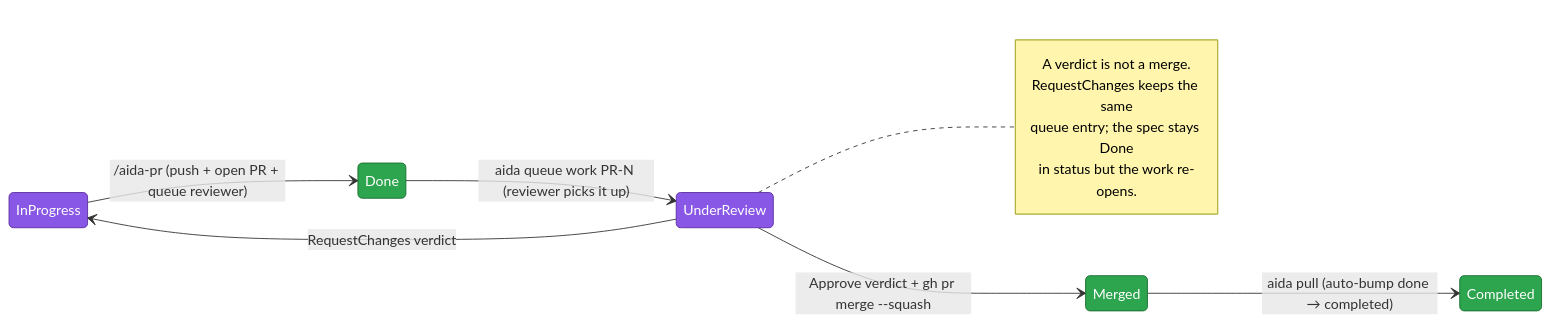
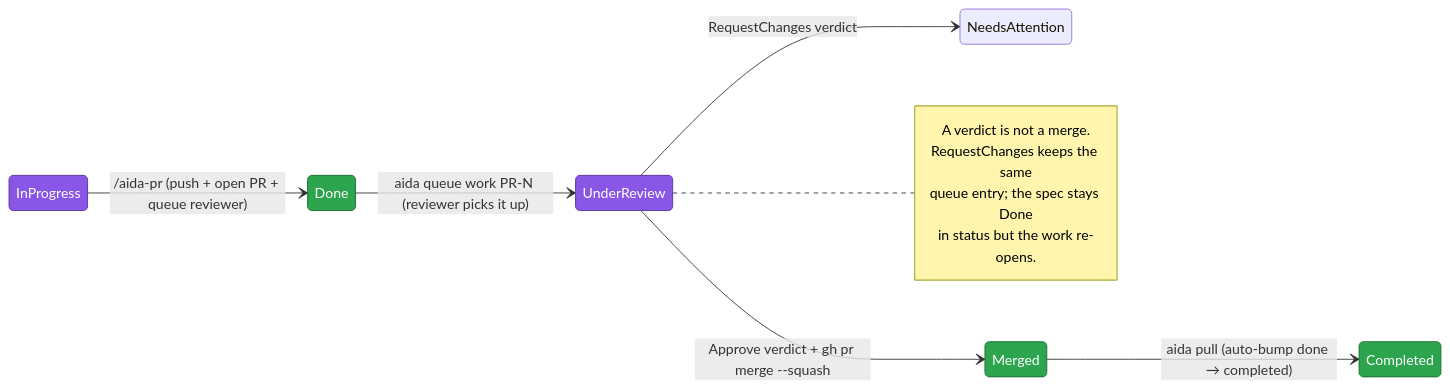
The second of 6 diagrams in docs/lifecycle.md (joemooney/aida), drawn with Mermaid before and after one commit. The commit also changed other lines of this file and 4 other files, not shown here.

````diff
--- a/docs/lifecycle.md
+++ b/docs/lifecycle.md
@@ -294,22 +294,22 @@
 ```mermaid
 stateDiagram-v2
     direction LR
     InProgress --> Done: /aida-pr (push + open PR + queue reviewer)
     Done --> UnderReview: aida queue work PR-N (reviewer picks it up)
-    UnderReview --> InProgress: RequestChanges verdict
+    UnderReview --> NeedsAttention: RequestChanges verdict
     UnderReview --> Merged: Approve verdict + gh pr merge --squash
     Merged --> Completed: aida pull (auto-bump done → completed)
 
     note right of UnderReview
         A verdict is not a merge.
         RequestChanges keeps the same
         queue entry; the spec stays Done
         in status but the work re-opens.
     end note
 
     classDef llm fill:#8957e5,stroke:#5a2ca0,color:#fff
     classDef git fill:#2da44e,stroke:#176b2e,color:#fff
 
     class InProgress,UnderReview llm
     class Done,Merged,Completed git
 ```
````
